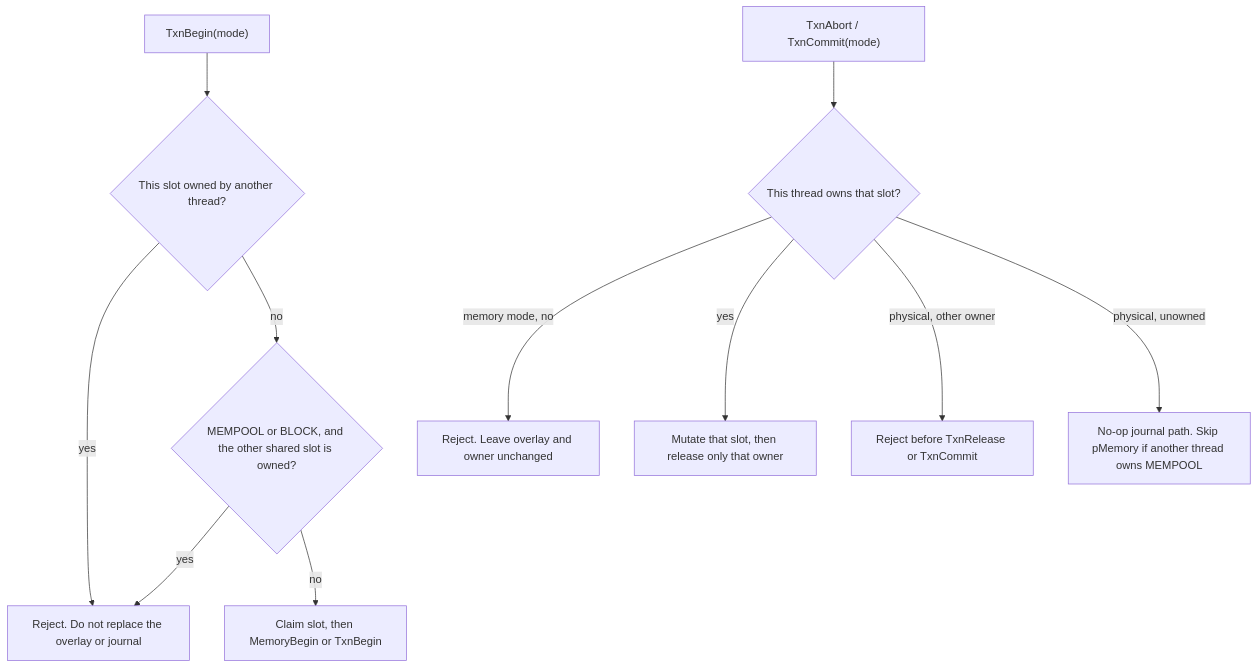
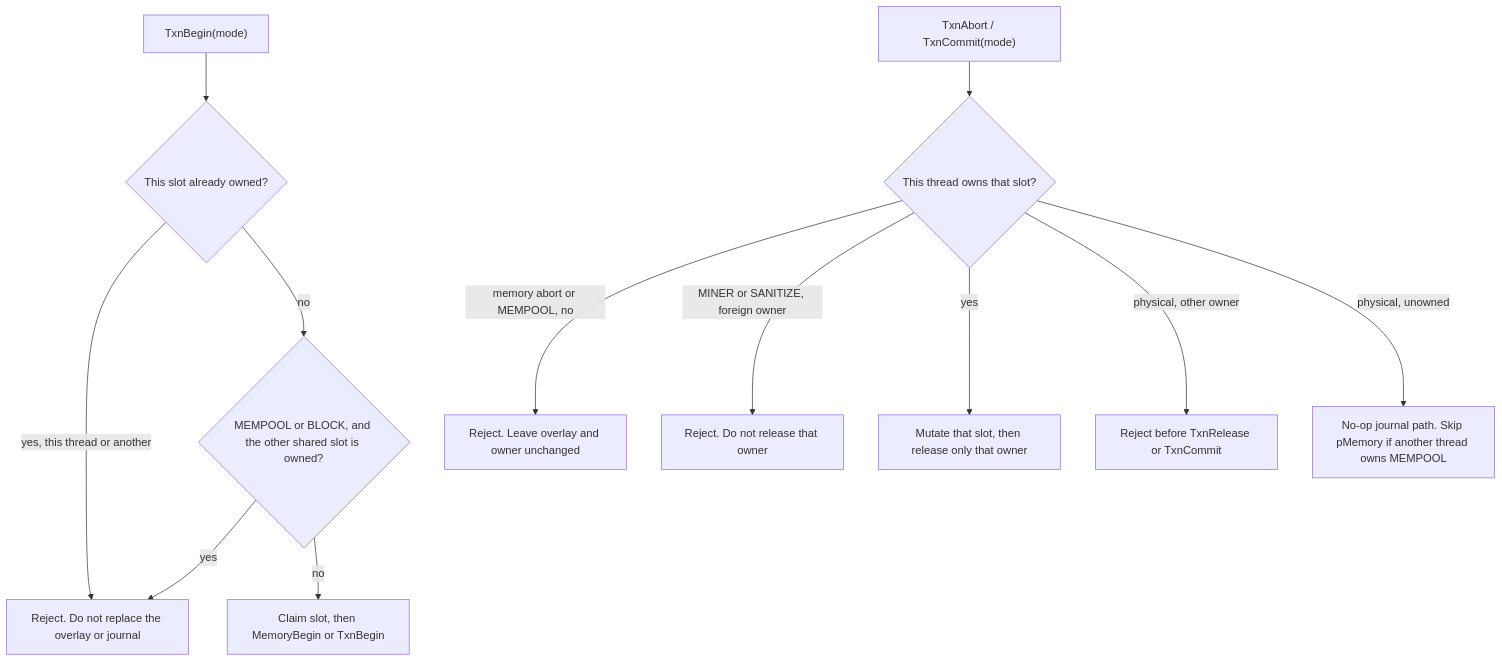
The diagram in docs/diagrams/architecture/lld-global-transactions.md (NamecoinGithub/LLL-TAO), drawn with Mermaid before and after one commit. The commit also changed other lines of this file and 3 other files, not shown here.

Commit message:
Reject duplicate transaction begins before overlay replacement

````diff
--- a/docs/diagrams/architecture/lld-global-transactions.md
+++ b/docs/diagrams/architecture/lld-global-transactions.md
@@ -7,14 +7,15 @@
 ```mermaid
 flowchart TD
-    A["TxnBegin(mode)"] --> B{"This slot owned by another thread?"}
-    B -->|yes| C["Reject. Do not replace the overlay or journal"]
+    A["TxnBegin(mode)"] --> B{"This slot already owned?"}
+    B -->|yes, this thread or another| C["Reject. Do not replace the overlay or journal"]
     B -->|no| S{"MEMPOOL or BLOCK, and the other shared slot is owned?"}
     S -->|yes| C
     S -->|no| D["Claim slot, then MemoryBegin or TxnBegin"]
 
     E["TxnAbort / TxnCommit(mode)"] --> F{"This thread owns that slot?"}
-    F -->|memory mode, no| G["Reject. Leave overlay and owner unchanged"]
+    F -->|memory abort or MEMPOOL, no| G["Reject. Leave overlay and owner unchanged"]
+    F -->|MINER or SANITIZE, foreign owner| K["Reject. Do not release that owner"]
     F -->|yes| H["Mutate that slot, then release only that owner"]
     F -->|physical, other owner| I["Reject before TxnRelease or TxnCommit"]
     F -->|physical, unowned| J["No-op journal path. Skip pMemory if another thread owns MEMPOOL"]
 ```
````
